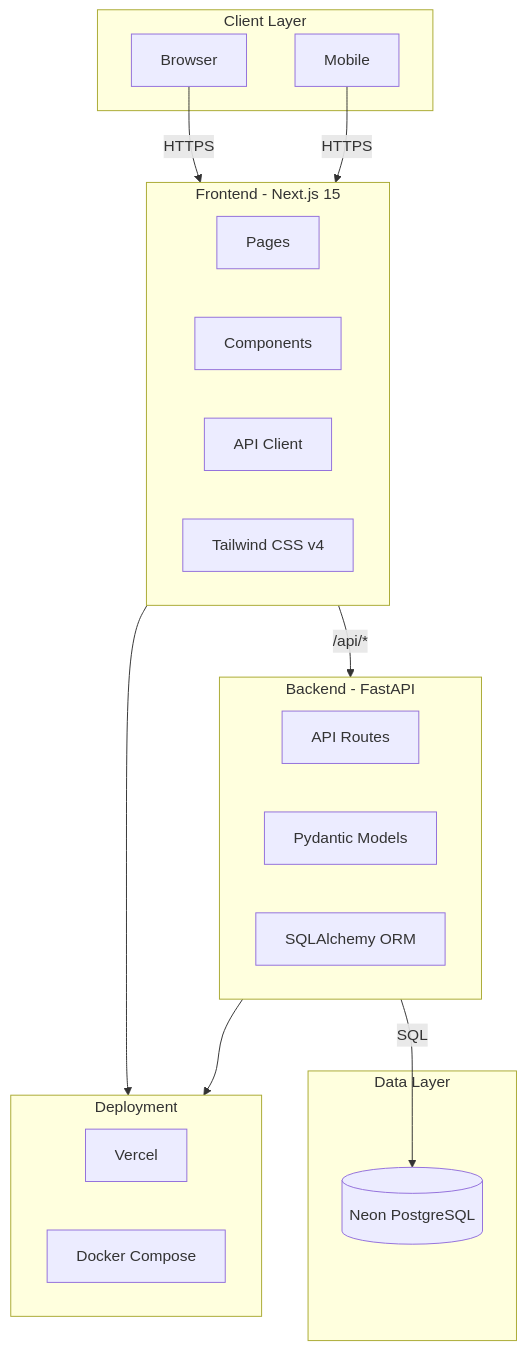
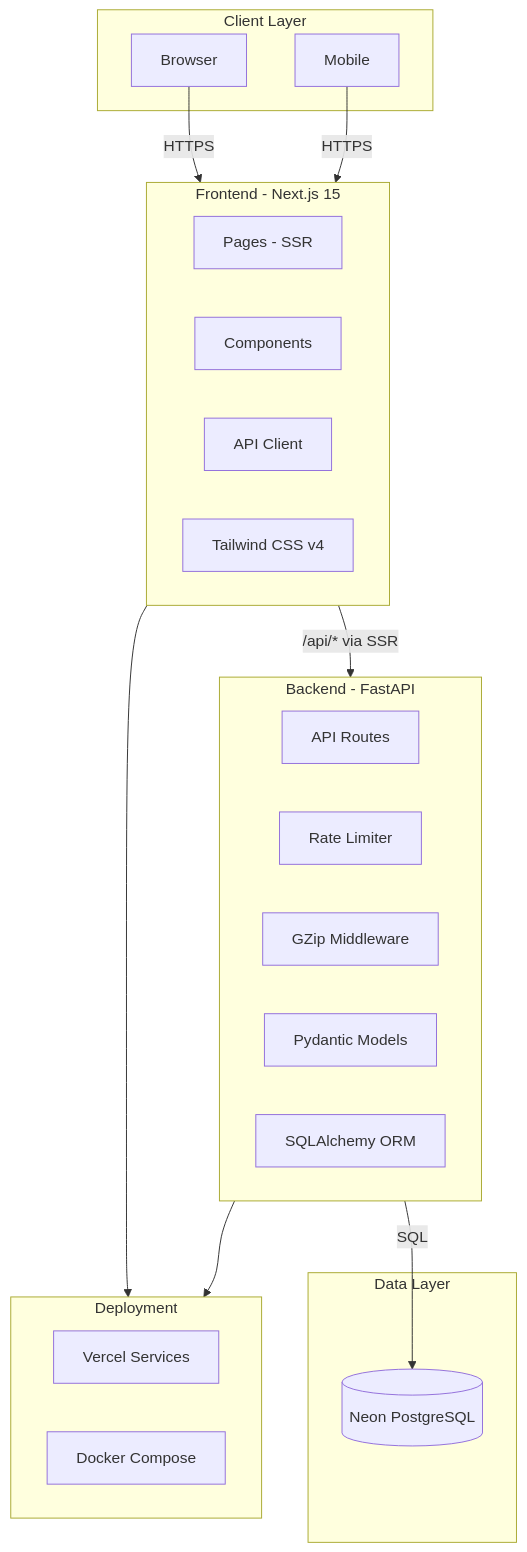
One commit to mdalahimondol656-wq/MD-ALAHI-MONDOL changed the first of 4 diagrams in README.md. Above: the diagram before and after it, drawn with Mermaid. The commit also changed other lines of this file, not shown here.

````diff
--- a/README.md
+++ b/README.md
@@ -35,36 +38,38 @@
 ```mermaid
 graph TB
     subgraph Client["Client Layer"]
         Browser[Browser]
         Mobile[Mobile]
     end
 
     subgraph Frontend["Frontend - Next.js 15"]
-        Pages[Pages]
+        Pages[Pages - SSR]
         Components[Components]
         Lib[API Client]
         Styles[Tailwind CSS v4]
     end
 
     subgraph Backend["Backend - FastAPI"]
         API[API Routes]
+        RateLimit[Rate Limiter]
+        GZip[GZip Middleware]
         Models[Pydantic Models]
         DB[SQLAlchemy ORM]
     end
 
     subgraph Data["Data Layer"]
         Neon[(Neon PostgreSQL)]
     end
 
     subgraph Deploy["Deployment"]
-        Vercel[Vercel]
+        Vercel[Vercel Services]
         Docker[Docker Compose]
     end
 
     Browser -->|HTTPS| Frontend
     Mobile -->|HTTPS| Frontend
-    Frontend -->|/api/*| Backend
+    Frontend -->|/api/* via SSR| Backend
     Backend -->|SQL| Neon
     Frontend --> Deploy
     Backend --> Deploy
 ```
````
